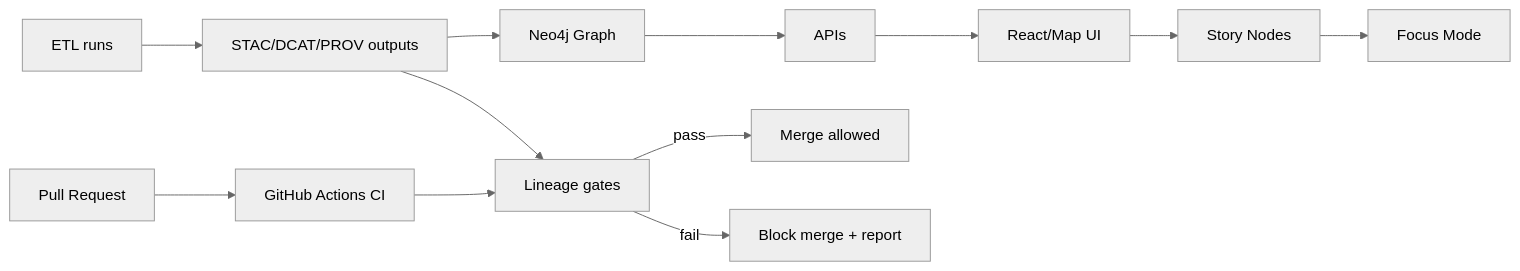
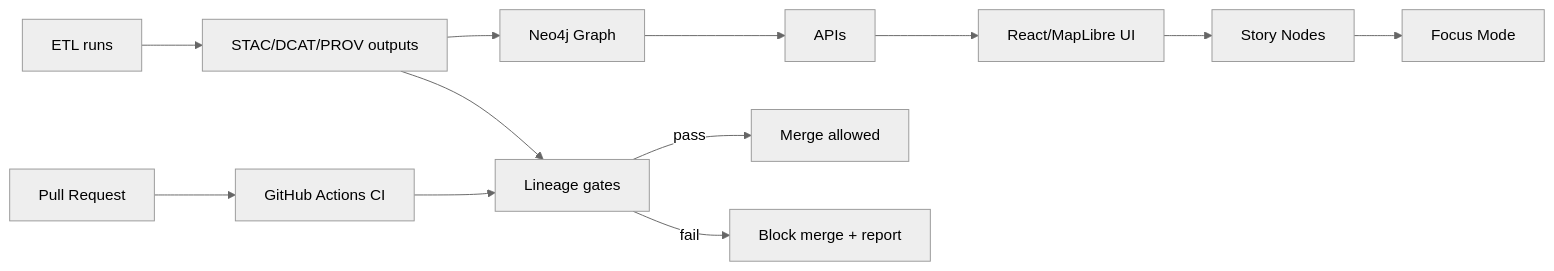
Before and after one commit to bartytime4life/Kansas-Frontier-Matrix: the first of 2 diagrams in .github/lineage/README.md, drawn with Mermaid (neutral theme). The commit also changed other lines of this file, not shown here.

```diff
--- a/.github/lineage/README.md
+++ b/.github/lineage/README.md
@@ -184,16 +210,16 @@
 ~~~mermaid
 flowchart LR
   A[ETL runs] --> B[STAC/DCAT/PROV outputs]
   B --> C[Neo4j Graph]
   C --> D[APIs]
-  D --> E[React/Map UI]
+  D --> E[React/MapLibre UI]
   E --> F[Story Nodes]
   F --> G[Focus Mode]
 
   PR[Pull Request] --> CI[GitHub Actions CI]
   CI --> L[Lineage gates]
   L -->|pass| M[Merge allowed]
   L -->|fail| X[Block merge + report]
 
   B --> L
 ~~~
```
